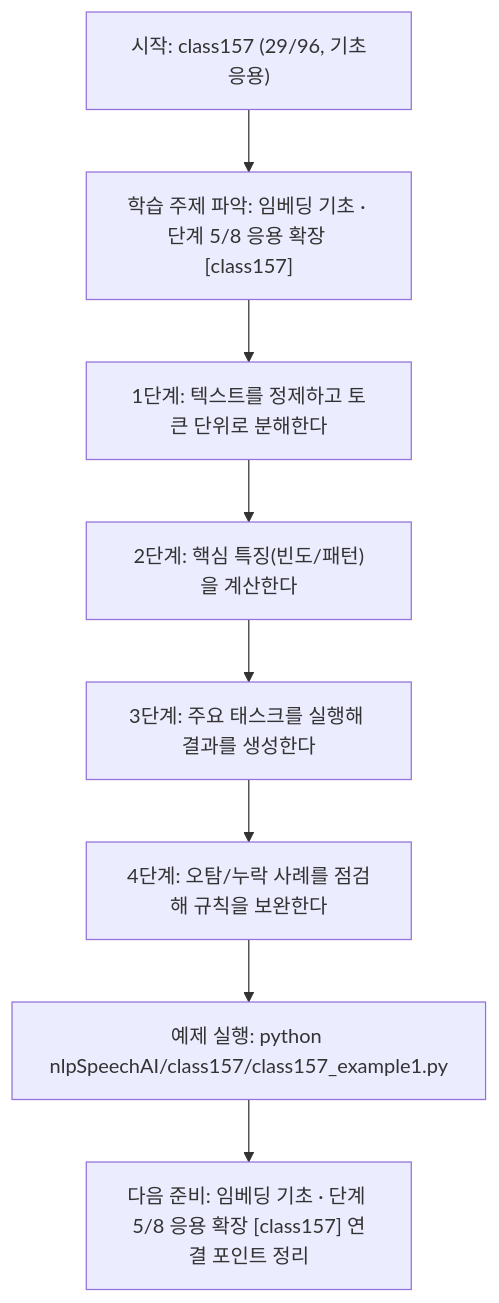
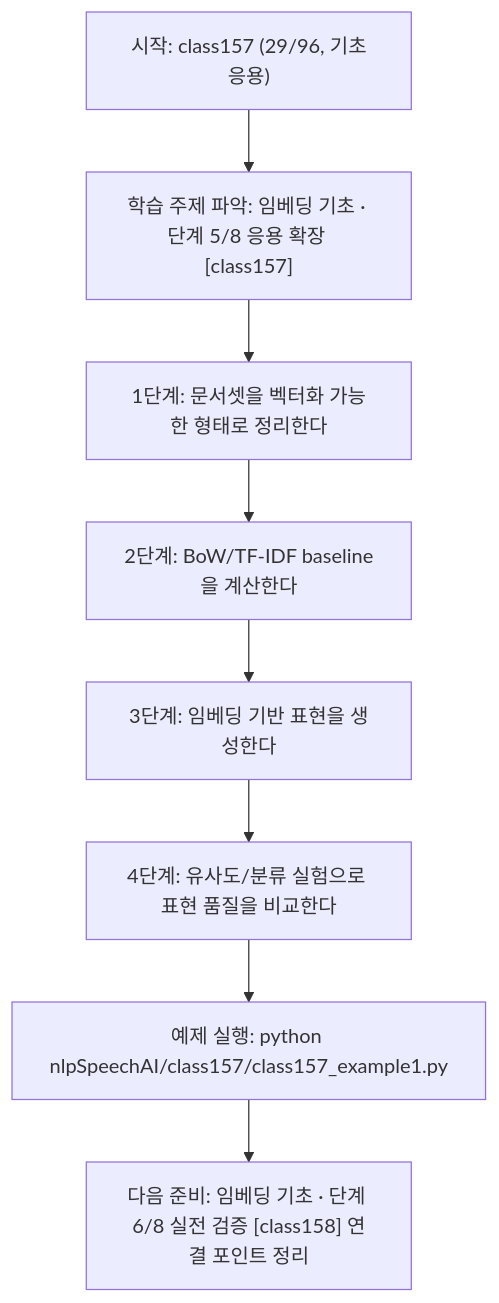
One commit to edumgt/Python-AI_Agent-Class changed the diagram in nlpSpeechAI/class157/class157.md. Above: the diagram before and after it, drawn with Mermaid. The commit also changed other lines of this file and 1122 other files, not shown here.

````diff
--- a/nlpSpeechAI/class157/class157.md
+++ b/nlpSpeechAI/class157/class157.md
@@ -113,18 +95,18 @@
 ```mermaid
 flowchart TD
 N1["시작: class157 (29/96, 기초응용)"]
 N2["학습 주제 파악: 임베딩 기초 · 단계 5/8 응용 확장 [class157]"]
-N3["1단계: 텍스트를 정제하고 토큰 단위로 분해한다"]
-N4["2단계: 핵심 특징(빈도/패턴)을 계산한다"]
-N5["3단계: 주요 태스크를 실행해 결과를 생성한다"]
-N6["4단계: 오탐/누락 사례를 점검해 규칙을 보완한다"]
+N3["1단계: 문서셋을 벡터화 가능한 형태로 정리한다"]
+N4["2단계: BoW/TF-IDF baseline을 계산한다"]
+N5["3단계: 임베딩 기반 표현을 생성한다"]
+N6["4단계: 유사도/분류 실험으로 표현 품질을 비교한다"]
 N7["예제 실행: python nlpSpeechAI/class157/class157_example1.py"]
-N8["다음 준비: 임베딩 기초 · 단계 5/8 응용 확장 [class157] 연결 포인트 정리"]
+N8["다음 준비: 임베딩 기초 · 단계 6/8 실전 검증 [class158] 연결 포인트 정리"]
 N1 --> N2
 N2 --> N3
 N3 --> N4
 N4 --> N5
 N5 --> N6
 N6 --> N7
 N7 --> N8
 ```
````
